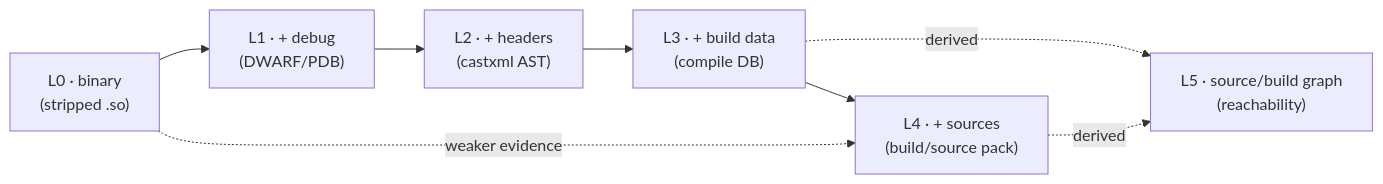
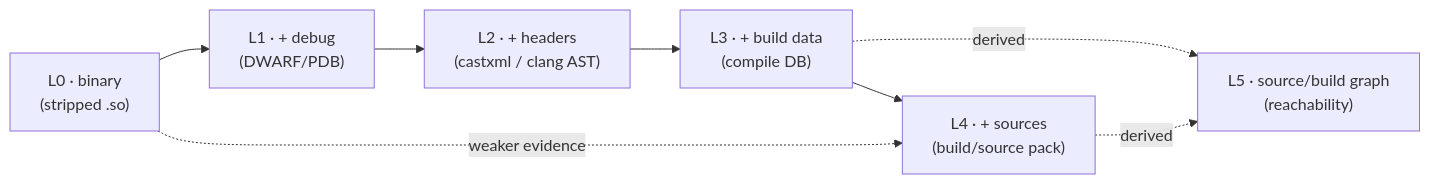
The second of 2 diagrams in docs/concepts/architecture.md (abicheck/abicheck), drawn with Mermaid before and after one commit. The commit also changed 1 other file, not shown here.

Commit message:
docs: note clang L2 backend is syntactic in the overlay table + mermaid (review nits)
Two cosmetic follow-ups from PR self-review: the §1.5 combined-layers L2 row now
flags that vtables/layout come from the castxml backend (clang is syntactic,
pair with L1/DWARF), and the architecture L2 mermaid node reads castxml/clang.

````diff
--- a/docs/concepts/architecture.md
+++ b/docs/concepts/architecture.md
@@ -80,10 +80,10 @@
 ```mermaid
 flowchart LR
     L0["L0 · binary<br/>(stripped .so)"] --> L1["L1 · + debug<br/>(DWARF/PDB)"]
-    L1 --> L2["L2 · + headers<br/>(castxml AST)"]
+    L1 --> L2["L2 · + headers<br/>(castxml / clang AST)"]
     L2 --> L3["L3 · + build data<br/>(compile DB)"]
     L3 --> L4["L4 · + sources<br/>(build/source pack)"]
     L3 -.derived.-> L5["L5 · source/build graph<br/>(reachability)"]
     L4 -.derived.-> L5
     L0 -.weaker evidence.-> L4
 ```
````
